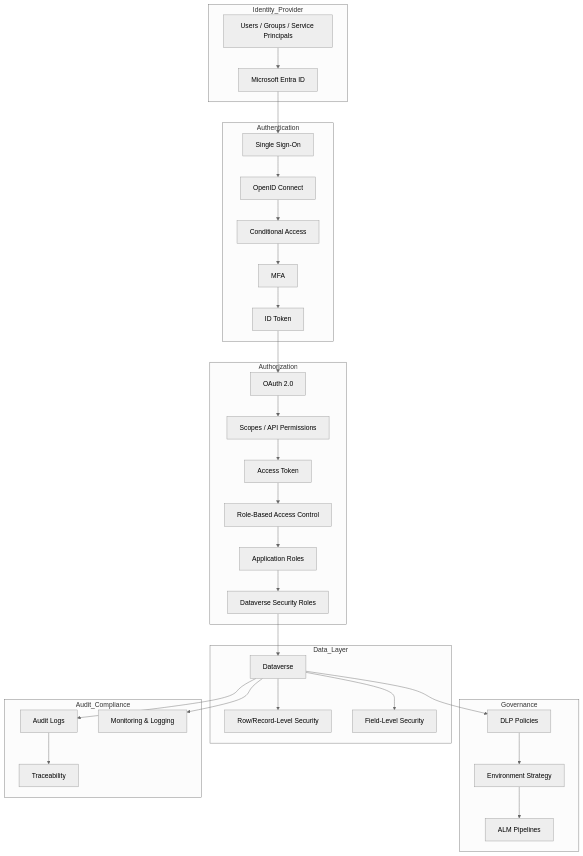
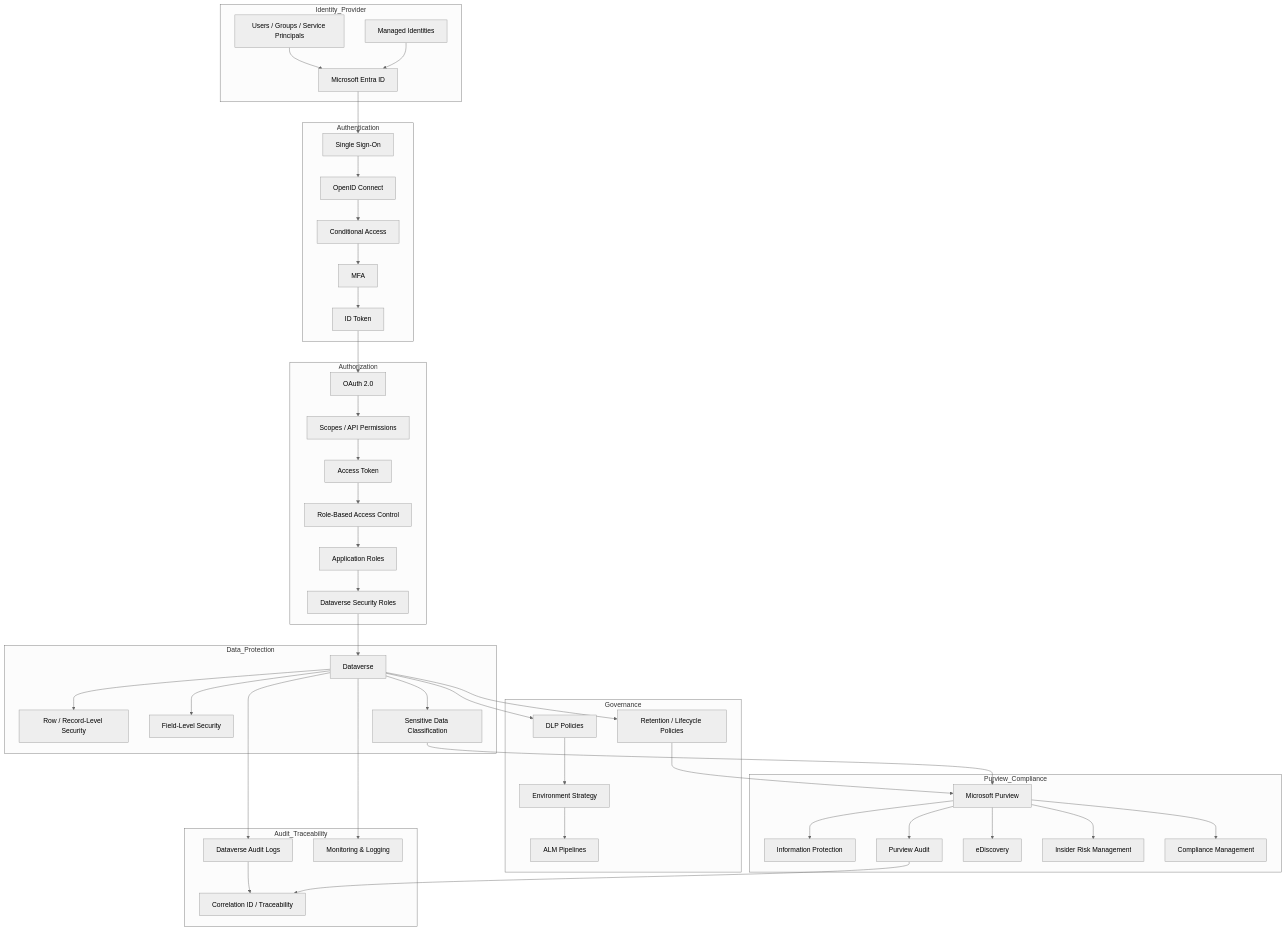
Before and after one commit to rzamperlini/rzamperlini: the first of 2 diagrams in src/data-security.md, drawn with Mermaid (neutral theme). The commit also changed other lines of this file, not shown here.

First line of the commit message:
Revise and expand Data & Security Architecture document

````diff
--- a/src/data-security.md
+++ b/src/data-security.md
@@ -26,6 +111,7 @@
     subgraph Identity_Provider
         ENTRA[Microsoft Entra ID]
         USERS[Users / Groups / Service Principals]
+        MI[Managed Identities]
     end
 
     subgraph Authentication
@@ -45,34 +131,44 @@
         DVROLE[Dataverse Security Roles]
     end
 
-    subgraph Data_Layer
+    subgraph Data_Protection
         DV[Dataverse]
-        RLS[Row/Record-Level Security]
+        RLS[Row / Record-Level Security]
         FLS[Field-Level Security]
+        SENS[Sensitive Data Classification]
     end
 
     subgraph Governance
         DLP[DLP Policies]
         ENV[Environment Strategy]
         ALM[ALM Pipelines]
+        RET[Retention / Lifecycle Policies]
     end
 
-    subgraph Audit_Compliance
-        AUDIT[Audit Logs]
-        TRACE[Traceability]
+    subgraph Purview_Compliance
+        PURVIEW[Microsoft Purview]
+        INFO[Information Protection]
+        PAUDIT[Purview Audit]
+        EDISC[eDiscovery]
+        IRM[Insider Risk Management]
+        COMP[Compliance Management]
+    end
+
+    subgraph Audit_Traceability
+        AUDIT[Dataverse Audit Logs]
+        TRACE[Correlation ID / Traceability]
         MON[Monitoring & Logging]
     end
 
     USERS --> ENTRA
+    MI --> ENTRA
 
-    %% Authentication
     ENTRA --> SSO
     SSO --> OIDC
     OIDC --> CA
     CA --> MFA
     MFA --> IDTOKEN
 
-    %% Authorization
     IDTOKEN --> OAUTH
     OAUTH --> SCOPES
     SCOPES --> ACCESSTOKEN
@@ -80,18 +176,26 @@
     RBAC --> APPROLE
     APPROLE --> DVROLE
 
-    %% Data access
     DVROLE --> DV
     DV --> RLS
     DV --> FLS
+    DV --> SENS
 
-    %% Audit
+    DV --> DLP
+    DLP --> ENV
+    ENV --> ALM
+    DV --> RET
+
+    SENS --> PURVIEW
+    RET --> PURVIEW
+    PURVIEW --> INFO
+    PURVIEW --> PAUDIT
+    PURVIEW --> EDISC
+    PURVIEW --> IRM
+    PURVIEW --> COMP
+
     DV --> AUDIT
     AUDIT --> TRACE
     DV --> MON
-
-    %% Governance
-    DV --> DLP
-    DLP --> ENV
-    ENV --> ALM
+    PAUDIT --> TRACE
 ```
````
